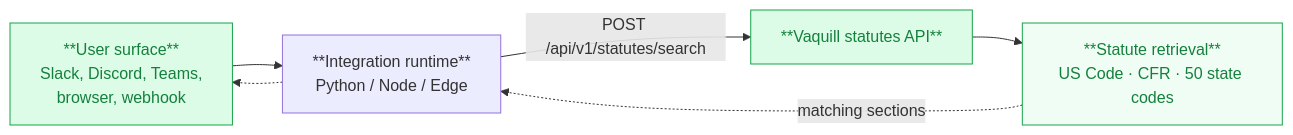
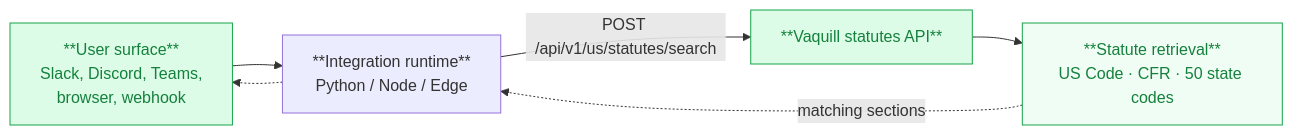
The diagram in integrations/index.mdx (Vaquill-AI/vaquill-ai-docs), drawn with Mermaid before and after one commit. The commit also changed other lines of this file and 32 other files, not shown here.

First line of the commit message:
docs: add API roadmap page and point examples at the canonical /us/ path

````diff
--- a/integrations/index.mdx
+++ b/integrations/index.mdx
@@ -53,12 +53,12 @@
 ```mermaid
 flowchart LR
     A["**User surface**<br/>Slack, Discord, Teams,<br/>browser, webhook"] --> B["**Integration runtime**<br/>Python / Node / Edge"]
-    B -->|"POST /api/v1/statutes/search"| C["**Vaquill statutes API**"]
+    B -->|"POST /api/v1/us/statutes/search"| C["**Vaquill statutes API**"]
     C --> D["**Statute retrieval**<br/>US Code · CFR · 50 state codes"]
     D -.->|"matching sections"| B
     B -.-> A
 
     style A fill:#dcfce7,stroke:#16a34a,color:#15803d
     style C fill:#dcfce7,stroke:#16a34a,color:#15803d
     style D fill:#f0fdf4,stroke:#16a34a,color:#15803d
 ```
````
